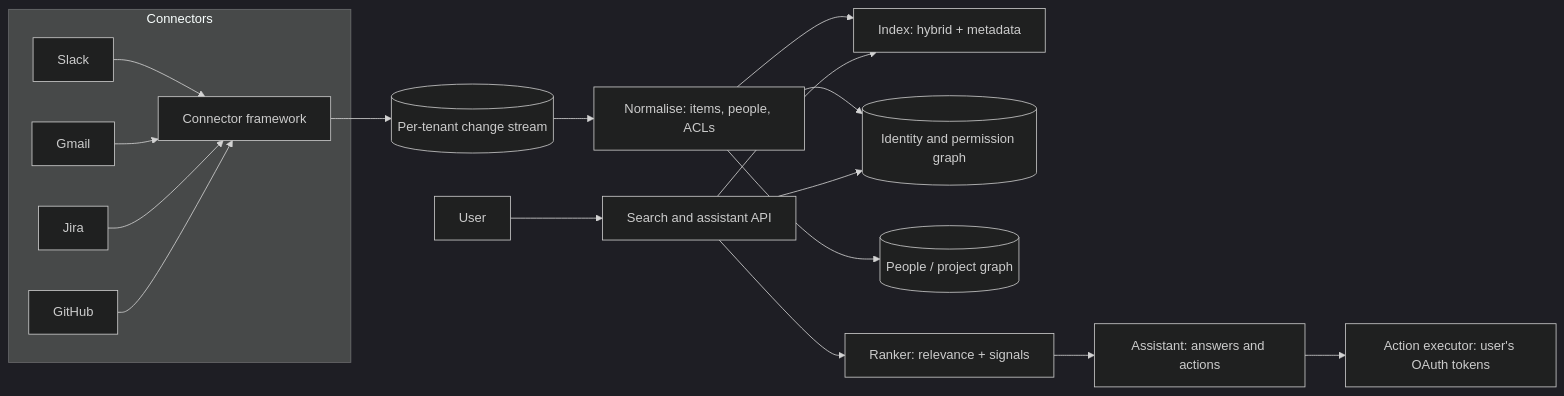
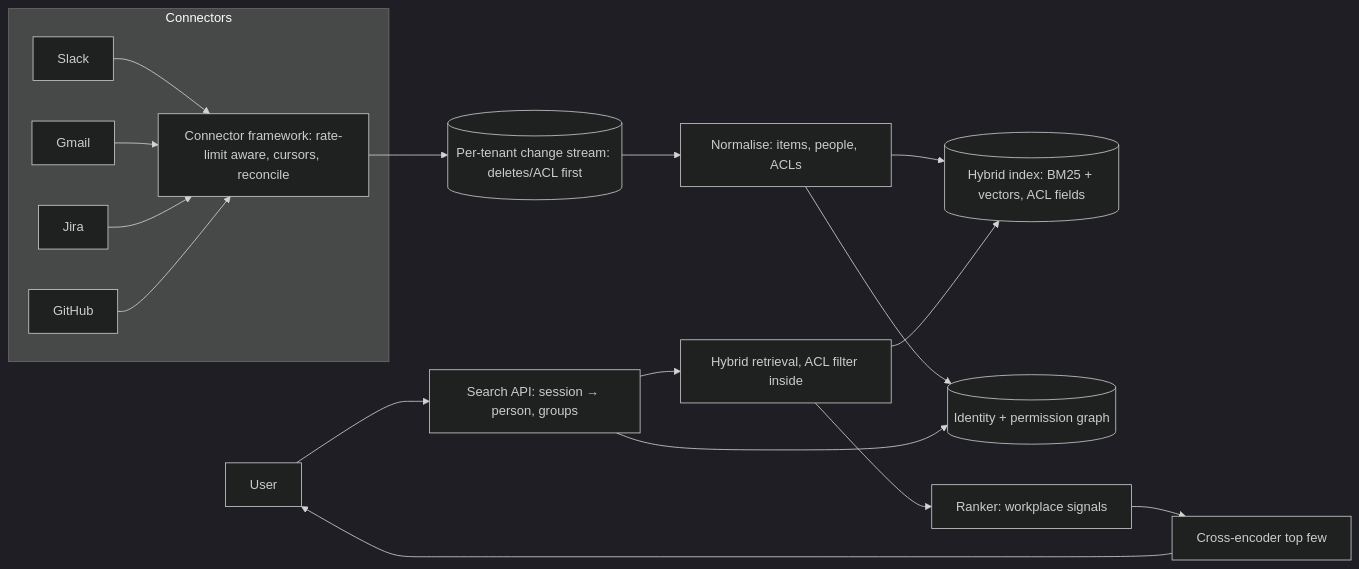
Before and after one commit to zekkrron/cs-knowledge-base: the first of 5 diagrams in Agentic/Problems/09 - Enterprise Search over SaaS Connectors.md, drawn with Mermaid (dark theme). The commit also changed other lines of this file and 46 other files, not shown here.

````diff
--- a/Agentic/Problems/09 - Enterprise Search over SaaS Connectors.md
+++ b/Agentic/Problems/09 - Enterprise Search over SaaS Connectors.md
@@ -39,20 +104,18 @@
 ```mermaid
 flowchart LR
     subgraph Connectors
-      SL[Slack] --> CF[Connector framework]
+      SL[Slack] --> CF[Connector framework: rate-limit aware, cursors, reconcile]
       GM[Gmail] --> CF
       JR[Jira] --> CF
       GH[GitHub] --> CF
     end
-    CF --> Q[(Per-tenant change stream)]
-    Q --> NORM[Normalise: items, people, ACLs]
-    NORM --> IDX[Index: hybrid + metadata]
-    NORM --> PG[(Identity and permission graph)]
-    NORM --> KG[(People / project graph)]
-    U[User] --> API[Search and assistant API]
+    CF --> Q[(Per-tenant change stream: deletes/ACL first)]
+    Q --> N[Normalise: items, people, ACLs]
+    N --> IDX[(Hybrid index: BM25 + vectors, ACL fields)]
+    N --> PG[(Identity + permission graph)]
+    U[User] --> API[Search API: session → person, groups]
     API --> PG
-    API --> IDX
-    API --> RANK[Ranker: relevance + signals]
-    RANK --> ASST[Assistant: answers and actions]
-    ASST --> ACT[Action executor: user's OAuth tokens]
+    API --> RET[Hybrid retrieval, ACL filter inside]
+    RET --> IDX
+    RET --> RANK[Ranker: workplace signals] --> RR[Cross-encoder top few] --> U
 ```
````
